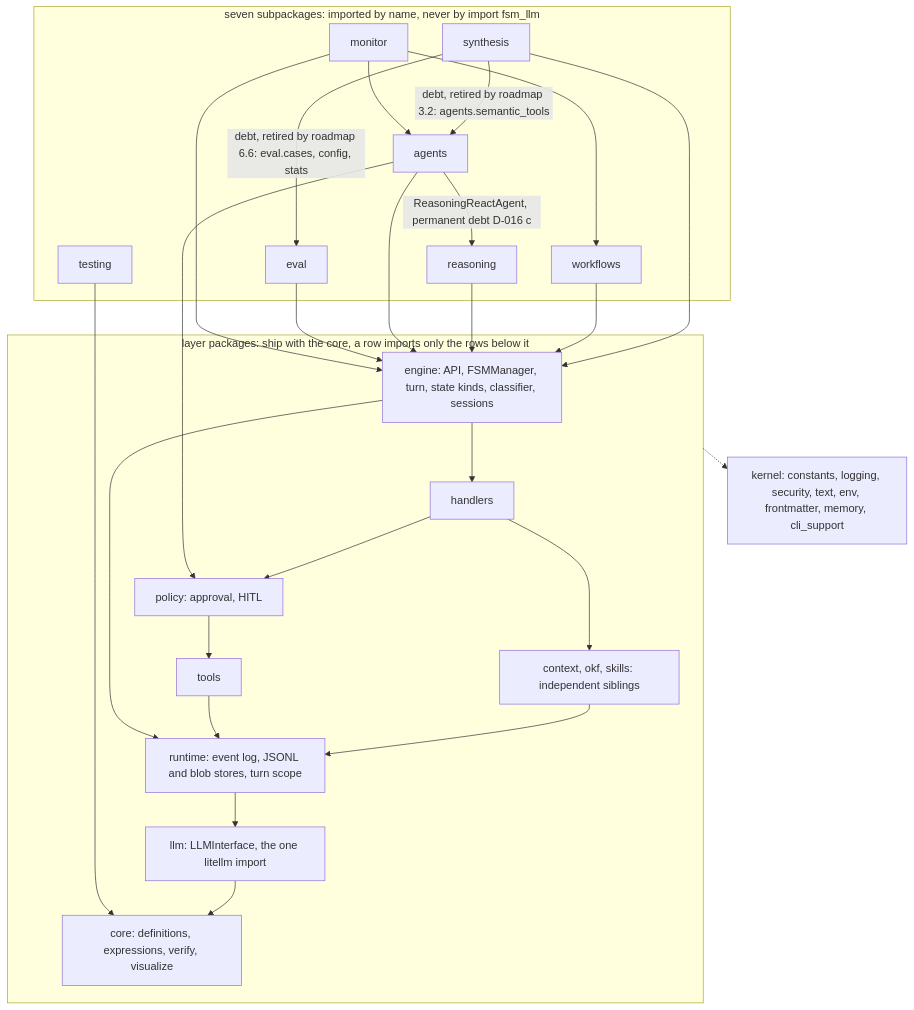
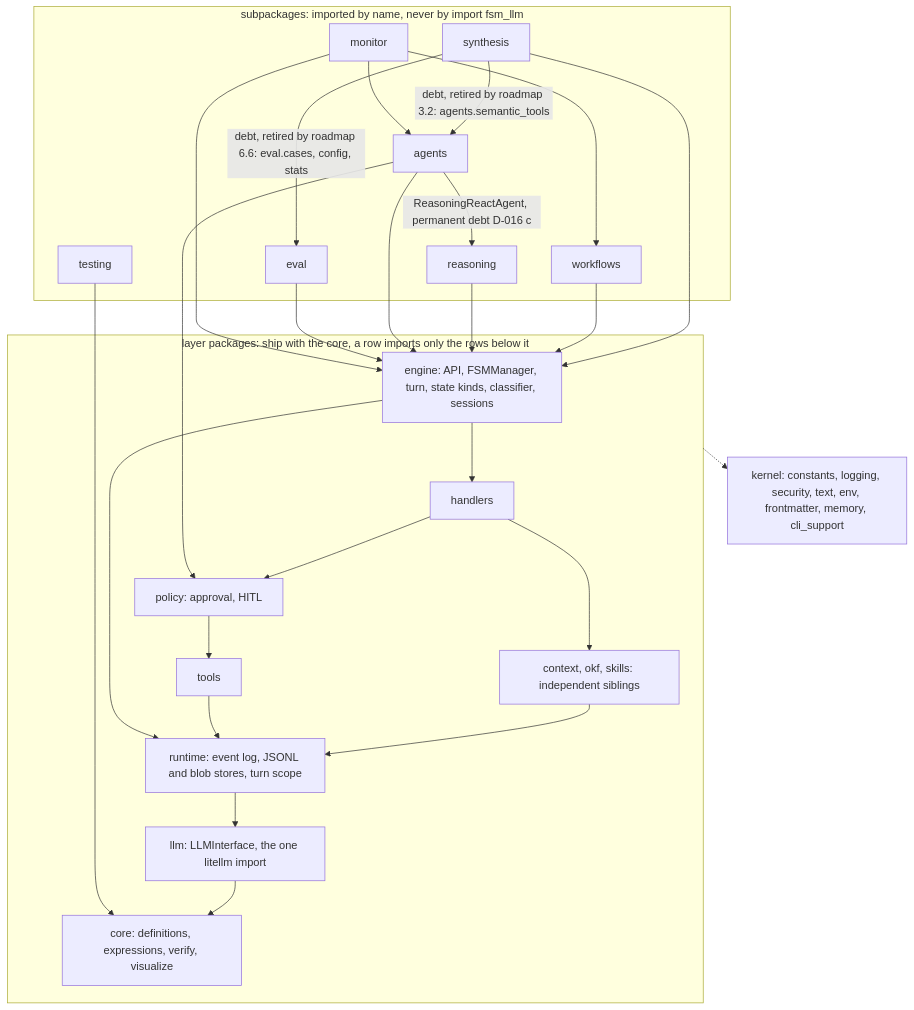
One commit to NikolasMarkou/fsm_llm changed the diagram in AGENTS.md. Above: the diagram before and after it, drawn with Mermaid. The commit also changed other lines of this file and 4 other files, not shown here.

````diff
--- a/AGENTS.md
+++ b/AGENTS.md
@@ -15,46 +15,46 @@
 ```mermaid
 flowchart TD
-    subgraph sub[seven subpackages: imported by name, never by import fsm_llm]
+    subgraph sub[subpackages: imported by name, never by import fsm_llm]
         monitor[monitor]
         eval[eval]
         agents[agents]
         synthesis[synthesis]
         workflows[workflows]
         reasoning[reasoning]
         testing[testing]
     end
     subgraph layers[layer packages: ship with the core, a row imports only the rows below it]
         engine[engine: API, FSMManager, turn, state kinds, classifier, sessions]
         handlers[handlers]
         policy[policy: approval, HITL]
         tools[tools]
         siblings[context, okf, skills: independent siblings]
         runtime[runtime: event log, JSONL and blob stores, turn scope]
         llm[llm: LLMInterface, the one litellm import]
         core[core: definitions, expressions, verify, visualize]
     end
     kernel[kernel: constants, logging, security, text, env, frontmatter, memory, cli_support]
     monitor --> agents
     monitor --> workflows
     monitor --> engine
     eval --> engine
     agents --> engine
     agents -- ReasoningReactAgent, permanent debt D-016 c --> reasoning
     reasoning --> engine
     workflows --> engine
     synthesis --> engine
     synthesis -- debt, retired by roadmap 3.2: agents.semantic_tools --> agents
     synthesis -- debt, retired by roadmap 6.6: eval.cases, config, stats --> eval
     testing --> core
     agents --> policy
     engine --> handlers
     engine --> runtime
     handlers --> policy
     handlers --> siblings
     policy --> tools
     tools --> runtime
     siblings --> runtime
     runtime --> llm
     llm --> core
     layers -.-> kernel
 ```
````
